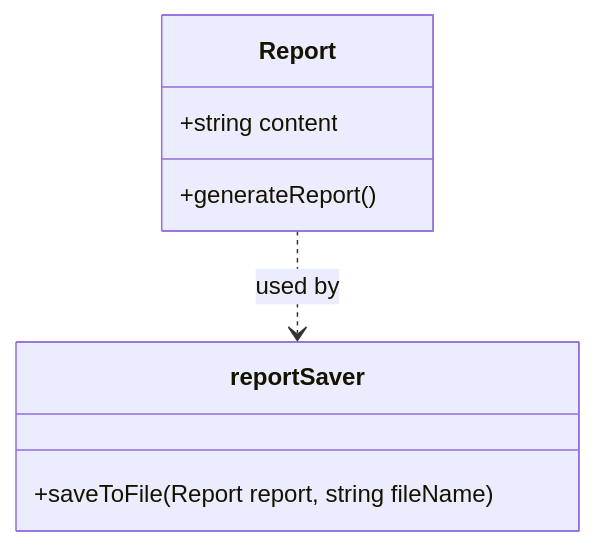
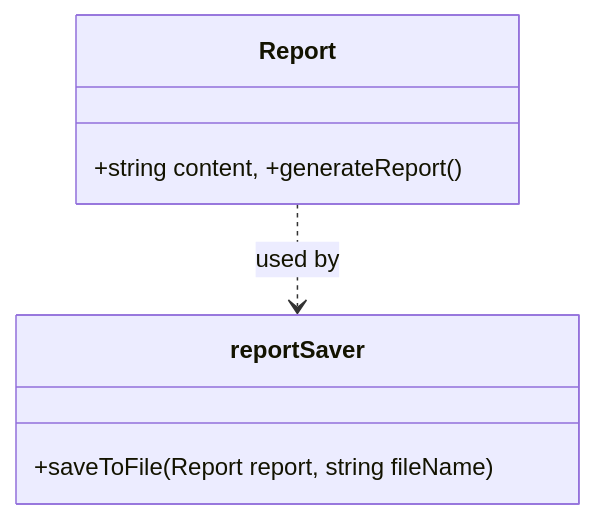
The first of 22 diagrams in readme.md (divyap271/systemDesign), drawn with Mermaid before and after one commit. The commit also changed other lines of this file, not shown here.

````diff
--- a/readme.md
+++ b/readme.md
@@ -11,11 +43,6 @@
 ```mermaid
 classDiagram
-    class Report {
-        +string content
-        +generateReport()
-    }
-    class reportSaver {
-        +saveToFile(Report report, string fileName)
-    }
+    class Report { +string content, +generateReport() }
+    class reportSaver { +saveToFile(Report report, string fileName) }
     Report ..> reportSaver : used by
 ```
````
